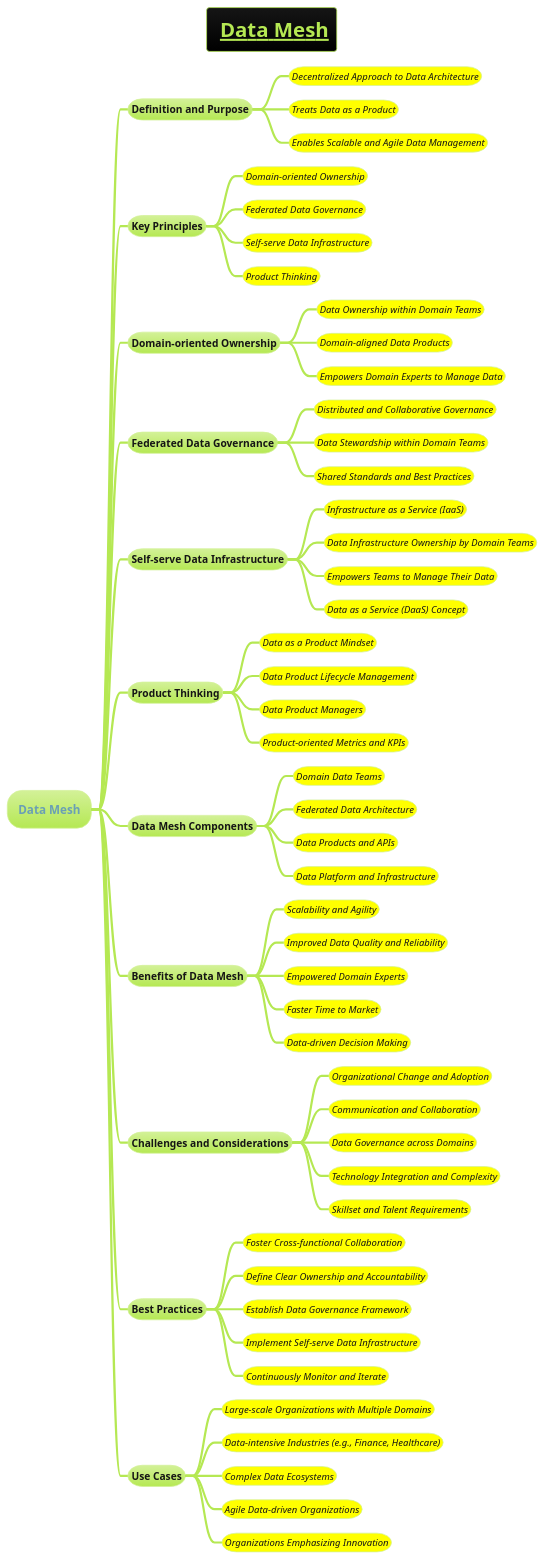
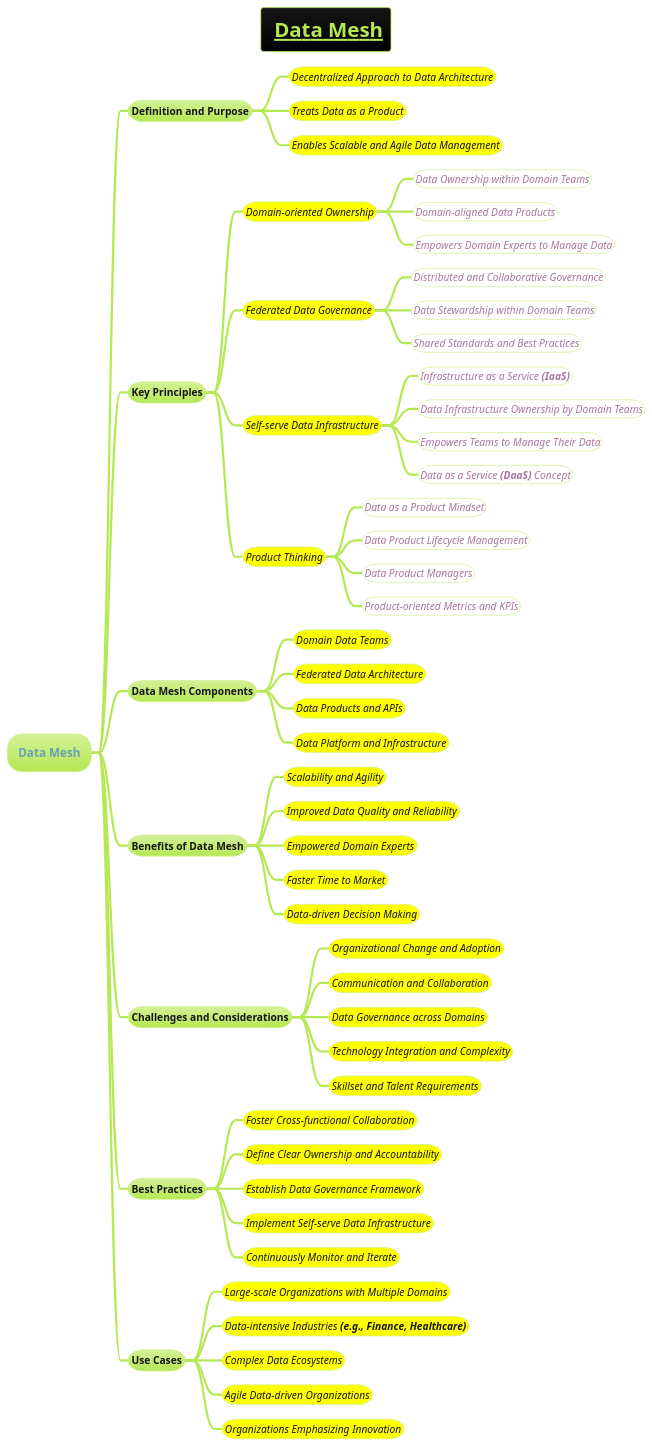
One commit to MehmoodHashmi/Documentation-as-Code-DaC changed the diagram in docs/AI-ML- DL-Data-Science-and-BigData/data-science/data-engineering/data-storage-and-management/Data-Mesh.puml. Above: the diagram before and after it, drawn with PlantUML. The commit also changed 4 other files, not shown here.

```diff
--- a/docs/AI-ML- DL-Data-Science-and-BigData/data-science/data-engineering/data-storage-and-management/Data-Mesh.puml
+++ b/docs/AI-ML- DL-Data-Science-and-BigData/data-science/data-engineering/data-storage-and-management/Data-Mesh.puml
@@ -1,82 +1,77 @@
 @startmindmap
 skinparam node {
     BorderColor DarkSlateGray
     BackgroundColor LightCyan
     FontStyle italic
 }
 skinparam connector {
     Color DarkSlateGray
     FontStyle Bold
 }
 !theme hacker
 title =__ Data Mesh__
 * Data Mesh
 
 ** Definition and Purpose
-***[#yellow] ====<size:13>Decentralized Approach to Data Architecture
-***[#yellow] ====<size:13>Treats Data as a Product
-***[#yellow] ====<size:13>Enables Scalable and Agile Data Management
+***[#yellow] ====<size:14>Decentralized Approach to Data Architecture
+***[#yellow] ====<size:14>Treats Data as a Product
+***[#yellow] ====<size:14>Enables Scalable and Agile Data Management
 
 ** Key Principles
-***[#yellow] ====<size:13>Domain-oriented Ownership
-***[#yellow] ====<size:13>Federated Data Governance
-***[#yellow] ====<size:13>Self-serve Data Infrastructure
-***[#yellow] ====<size:13>Product Thinking
+***[#yellow] ====<size:14>Domain-oriented Ownership
+****[#white] ====<size:14>Data Ownership within Domain Teams
+****[#white] ====<size:14>Domain-aligned Data Products
+****[#white] ====<size:14>Empowers Domain Experts to Manage Data
 
-** Domain-oriented Ownership
-***[#yellow] ====<size:13>Data Ownership within Domain Teams
-***[#yellow] ====<size:13>Domain-aligned Data Products
-***[#yellow] ====<size:13>Empowers Domain Experts to Manage Data
+***[#yellow] ====<size:14>Federated Data Governance
+****[#white] ====<size:14>Distributed and Collaborative Governance
+****[#white] ====<size:14>Data Stewardship within Domain Teams
+****[#white] ====<size:14>Shared Standards and Best Practices
 
-** Federated Data Governance
-***[#yellow] ====<size:13>Distributed and Collaborative Governance
-***[#yellow] ====<size:13>Data Stewardship within Domain Teams
-***[#yellow] ====<size:13>Shared Standards and Best Practices
+***[#yellow] ====<size:14>Self-serve Data Infrastructure
+****[#white] ====<size:14>Infrastructure as a Service **(IaaS)**
+****[#white] ====<size:14>Data Infrastructure Ownership by Domain Teams
+****[#white] ====<size:14>Empowers Teams to Manage Their Data
+****[#white] ====<size:14>Data as a Service **(DaaS)** Concept
 
-** Self-serve Data Infrastructure
-***[#yellow] ====<size:13>Infrastructure as a Service (IaaS)
-***[#yellow] ====<size:13>Data Infrastructure Ownership by Domain Teams
-***[#yellow] ====<size:13>Empowers Teams to Manage Their Data
-***[#yellow] ====<size:13>Data as a Service (DaaS) Concept
-
-** Product Thinking
-***[#yellow] ====<size:13>Data as a Product Mindset
-***[#yellow] ====<size:13>Data Product Lifecycle Management
-***[#yellow] ====<size:13>Data Product Managers
-***[#yellow] ====<size:13>Product-oriented Metrics and KPIs
+***[#yellow] ====<size:14>Product Thinking
+****[#white] ====<size:14>Data as a Product Mindset
+****[#white] ====<size:14>Data Product Lifecycle Management
+****[#white] ====<size:14>Data Product Managers
+****[#white] ====<size:14>Product-oriented Metrics and KPIs
 
 ** Data Mesh Components
-***[#yellow] ====<size:13>Domain Data Teams
-***[#yellow] ====<size:13>Federated Data Architecture
-***[#yellow] ====<size:13>Data Products and APIs
-***[#yellow] ====<size:13>Data Platform and Infrastructure
+***[#yellow] ====<size:14>Domain Data Teams
+***[#yellow] ====<size:14>Federated Data Architecture
+***[#yellow] ====<size:14>Data Products and APIs
+***[#yellow] ====<size:14>Data Platform and Infrastructure
 
 ** Benefits of Data Mesh
-***[#yellow] ====<size:13>Scalability and Agility
-***[#yellow] ====<size:13>Improved Data Quality and Reliability
-***[#yellow] ====<size:13>Empowered Domain Experts
-***[#yellow] ====<size:13>Faster Time to Market
-***[#yellow] ====<size:13>Data-driven Decision Making
+***[#yellow] ====<size:14>Scalability and Agility
+***[#yellow] ====<size:14>Improved Data Quality and Reliability
+***[#yellow] ====<size:14>Empowered Domain Experts
+***[#yellow] ====<size:14>Faster Time to Market
+***[#yellow] ====<size:14>Data-driven Decision Making
 
 ** Challenges and Considerations
-***[#yellow] ====<size:13>Organizational Change and Adoption
-***[#yellow] ====<size:13>Communication and Collaboration
-***[#yellow] ====<size:13>Data Governance across Domains
-***[#yellow] ====<size:13>Technology Integration and Complexity
-***[#yellow] ====<size:13>Skillset and Talent Requirements
+***[#yellow] ====<size:14>Organizational Change and Adoption
+***[#yellow] ====<size:14>Communication and Collaboration
+***[#yellow] ====<size:14>Data Governance across Domains
+***[#yellow] ====<size:14>Technology Integration and Complexity
+***[#yellow] ====<size:14>Skillset and Talent Requirements
 
 ** Best Practices
-***[#yellow] ====<size:13>Foster Cross-functional Collaboration
-***[#yellow] ====<size:13>Define Clear Ownership and Accountability
-***[#yellow] ====<size:13>Establish Data Governance Framework
-***[#yellow] ====<size:13>Implement Self-serve Data Infrastructure
-***[#yellow] ====<size:13>Continuously Monitor and Iterate
+***[#yellow] ====<size:14>Foster Cross-functional Collaboration
+***[#yellow] ====<size:14>Define Clear Ownership and Accountability
+***[#yellow] ====<size:14>Establish Data Governance Framework
+***[#yellow] ====<size:14>Implement Self-serve Data Infrastructure
+***[#yellow] ====<size:14>Continuously Monitor and Iterate
 
 ** Use Cases
-***[#yellow] ====<size:13>Large-scale Organizations with Multiple Domains
-***[#yellow] ====<size:13>Data-intensive Industries (e.g., Finance, Healthcare)
-***[#yellow] ====<size:13>Complex Data Ecosystems
-***[#yellow] ====<size:13>Agile Data-driven Organizations
-***[#yellow] ====<size:13>Organizations Emphasizing Innovation
+***[#yellow] ====<size:14>Large-scale Organizations with Multiple Domains
+***[#yellow] ====<size:14>Data-intensive Industries **(e.g., Finance, Healthcare)**
+***[#yellow] ====<size:14>Complex Data Ecosystems
+***[#yellow] ====<size:14>Agile Data-driven Organizations
+***[#yellow] ====<size:14>Organizations Emphasizing Innovation
 
 @endmindmap
```
